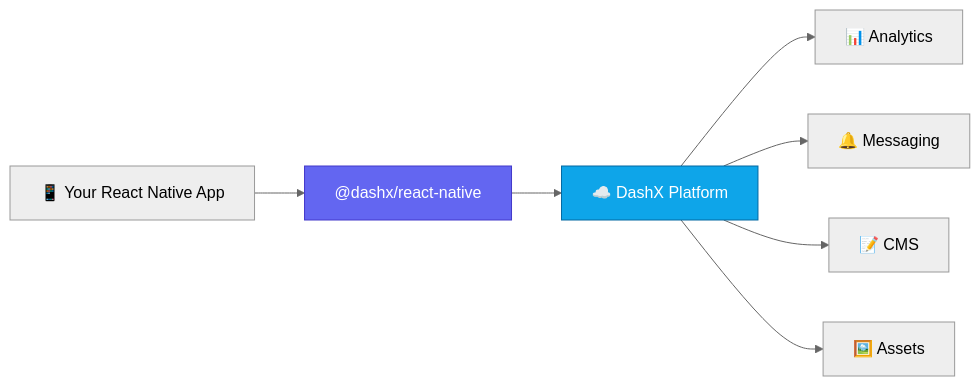
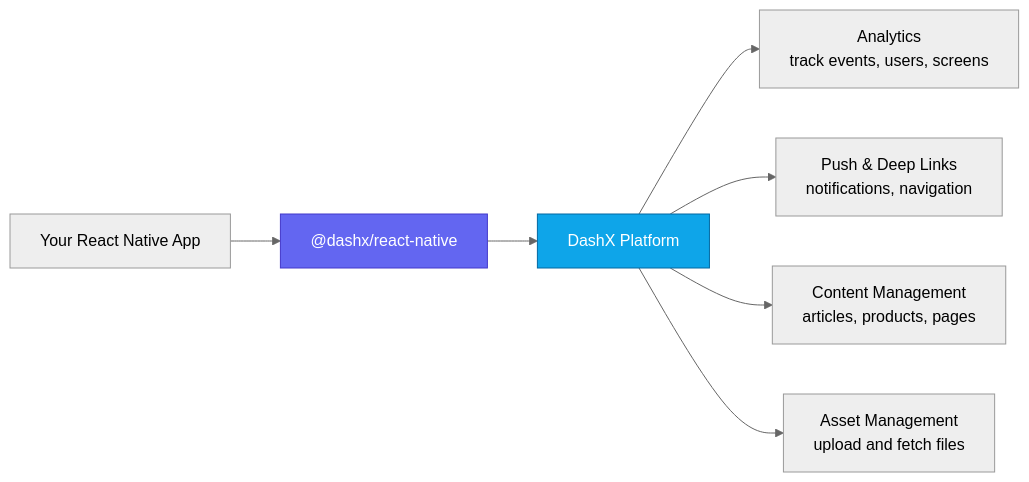
Before and after one commit to dashxhq/dashx-react-native: the first of 7 diagrams in README.md, drawn with Mermaid (neutral theme). The commit also changed other lines of this file, not shown here.

````diff
--- a/README.md
+++ b/README.md
@@ -77,12 +68,12 @@
 ```mermaid
 graph LR
-    APP["📱 Your React Native App"] --> SDK["@dashx/react-native"]
-    SDK --> DASHX["☁️ DashX Platform"]
-    DASHX --> ANALYTICS["📊 Analytics"]
-    DASHX --> MESSAGING["🔔 Messaging"]
-    DASHX --> CMS["📝 CMS"]
-    DASHX --> ASSETS["🖼️ Assets"]
+    APP["Your React Native App"] --> SDK["@dashx/react-native"]
+    SDK --> DASHX["DashX Platform"]
+    DASHX --> ANALYTICS["Analytics<br/>track events, users, screens"]
+    DASHX --> MESSAGING["Push & Deep Links<br/>notifications, navigation"]
+    DASHX --> CMS["Content Management<br/>articles, products, pages"]
+    DASHX --> ASSETS["Asset Management<br/>upload and fetch files"]
 
     style SDK fill:#6366f1,stroke:#4338ca,color:#fff
     style DASHX fill:#0ea5e9,stroke:#0369a1,color:#fff
 ```
````
